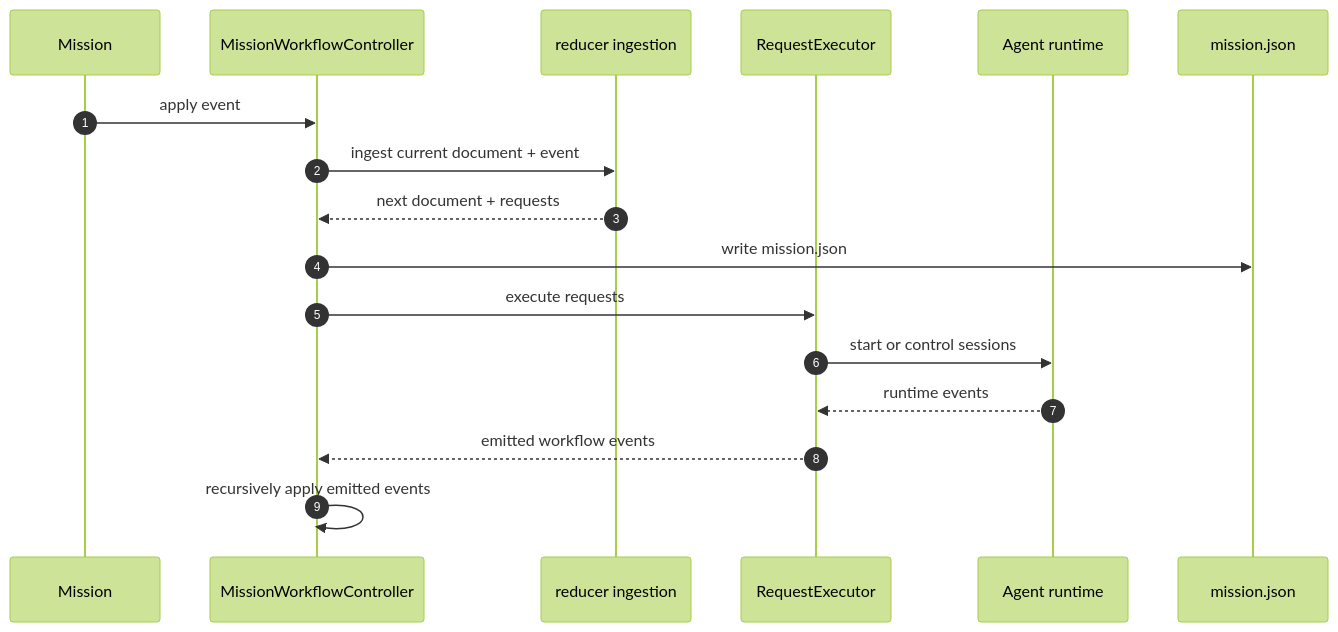
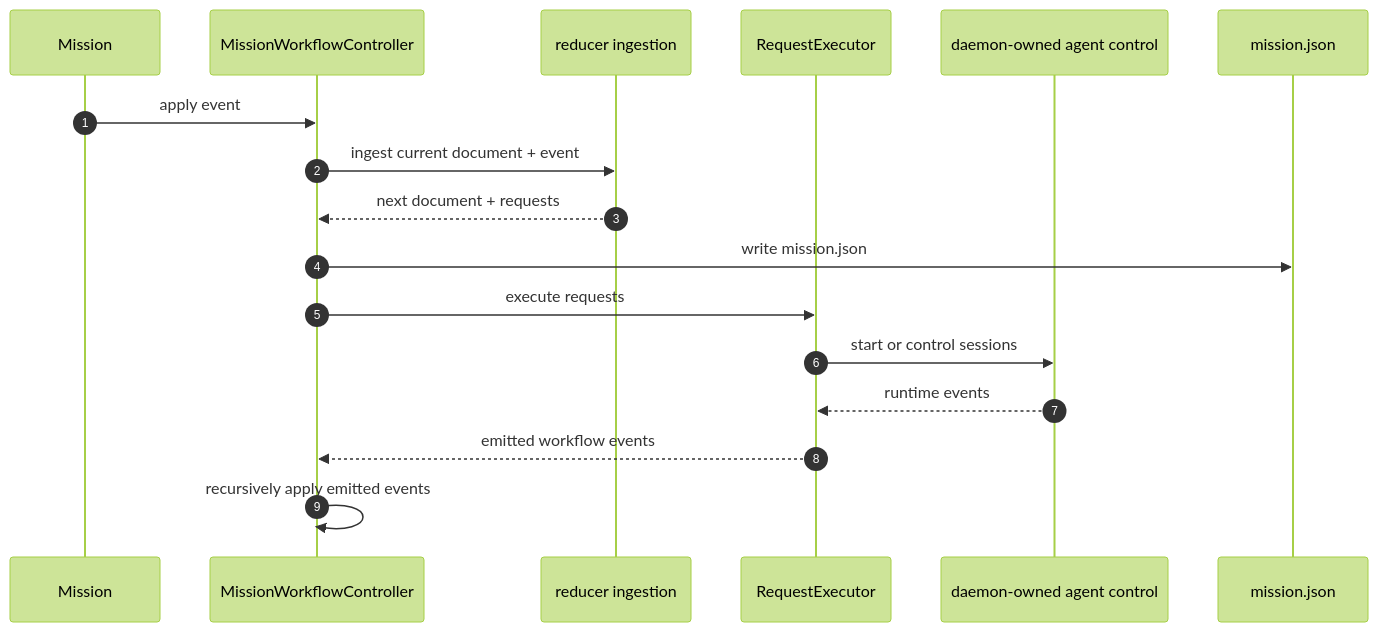
One commit to Flying-Pillow/open-mission changed the diagram in docs/architecture/workflow-engine.md. Above: the diagram before and after it, drawn with Mermaid (forest theme). The commit also changed other lines of this file and 23 other files, not shown here.

````diff
--- a/docs/architecture/workflow-engine.md
+++ b/docs/architecture/workflow-engine.md
@@ -79,20 +79,20 @@
 ```mermaid
 sequenceDiagram
 	autonumber
 	participant Mission
 	participant Controller as MissionWorkflowController
 	participant Reducer as reducer ingestion
 	participant Executor as RequestExecutor
-	participant Runtime as Agent runtime
+	participant Control as daemon-owned agent control
 	participant Disk as mission.json
 
 	Mission->>Controller: apply event
 	Controller->>Reducer: ingest current document + event
 	Reducer-->>Controller: next document + requests
 	Controller->>Disk: write mission.json
 	Controller->>Executor: execute requests
-	Executor->>Runtime: start or control sessions
-	Runtime-->>Executor: runtime events
+	Executor->>Control: start or control sessions
+	Control-->>Executor: runtime events
 	Executor-->>Controller: emitted workflow events
 	Controller->>Controller: recursively apply emitted events
 ```
````
